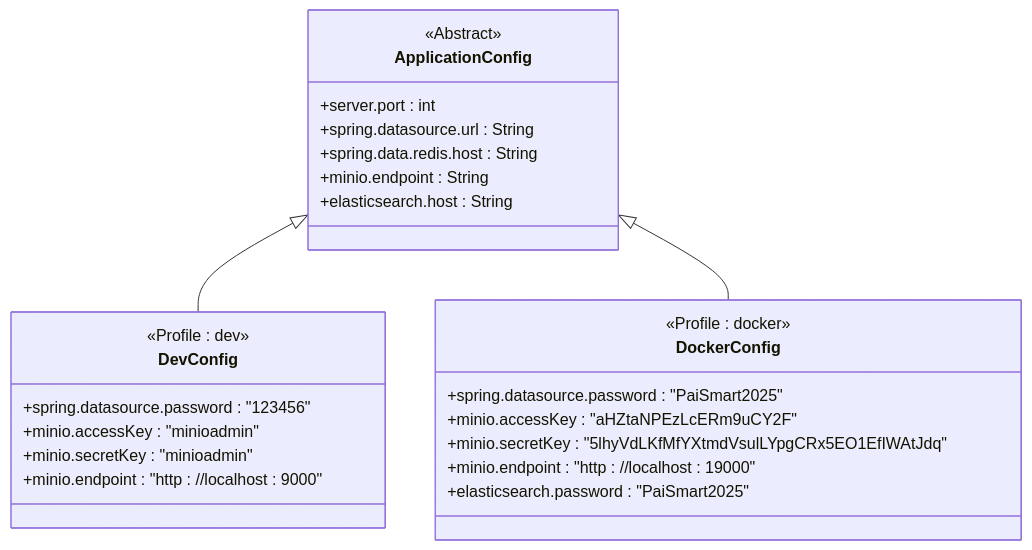
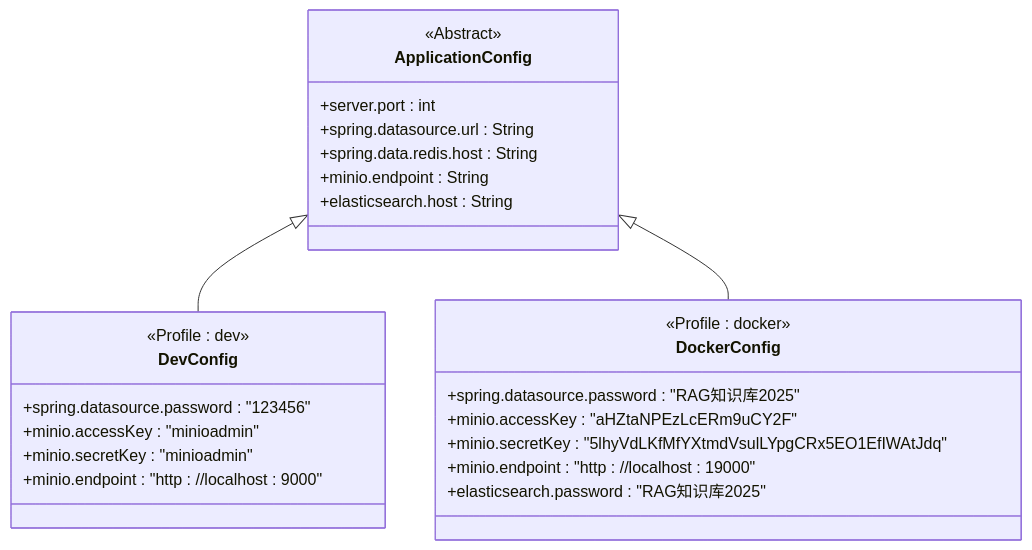
Before and after one commit to yztdev/RAG: the second of 4 diagrams in .qoder/repowiki/zh/content/部署指南/监控与运维/日常运维/部署管理.md, drawn with Mermaid. The commit also changed other lines of this file and 165 other files, not shown here.

````diff
--- a/.qoder/repowiki/zh/content/部署指南/监控与运维/日常运维/部署管理.md
+++ b/.qoder/repowiki/zh/content/部署指南/监控与运维/日常运维/部署管理.md
@@ -180,28 +180,28 @@
 ```mermaid
 classDiagram
 class ApplicationConfig {
 <<Abstract>>
 +server.port : int
 +spring.datasource.url : String
 +spring.data.redis.host : String
 +minio.endpoint : String
 +elasticsearch.host : String
 }
 class DevConfig {
 <<Profile : dev>>
 +spring.datasource.password : "123456"
 +minio.accessKey : "minioadmin"
 +minio.secretKey : "minioadmin"
 +minio.endpoint : "http : //localhost : 9000"
 }
 class DockerConfig {
 <<Profile : docker>>
-+spring.datasource.password : "PaiSmart2025"
++spring.datasource.password : "RAG知识库2025"
 +minio.accessKey : "aHZtaNPEzLcERm9uCY2F"
 +minio.secretKey : "5lhyVdLKfMfYXtmdVsulLYpgCRx5EO1EfIWAtJdq"
 +minio.endpoint : "http : //localhost : 19000"
-+elasticsearch.password : "PaiSmart2025"
++elasticsearch.password : "RAG知识库2025"
 }
 ApplicationConfig <|-- DevConfig
 ApplicationConfig <|-- DockerConfig
 ```
````
